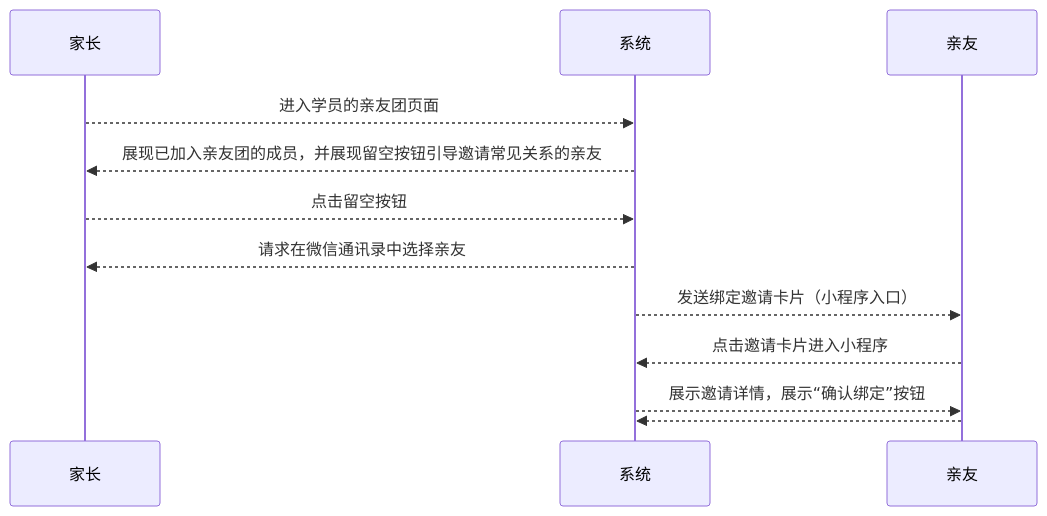
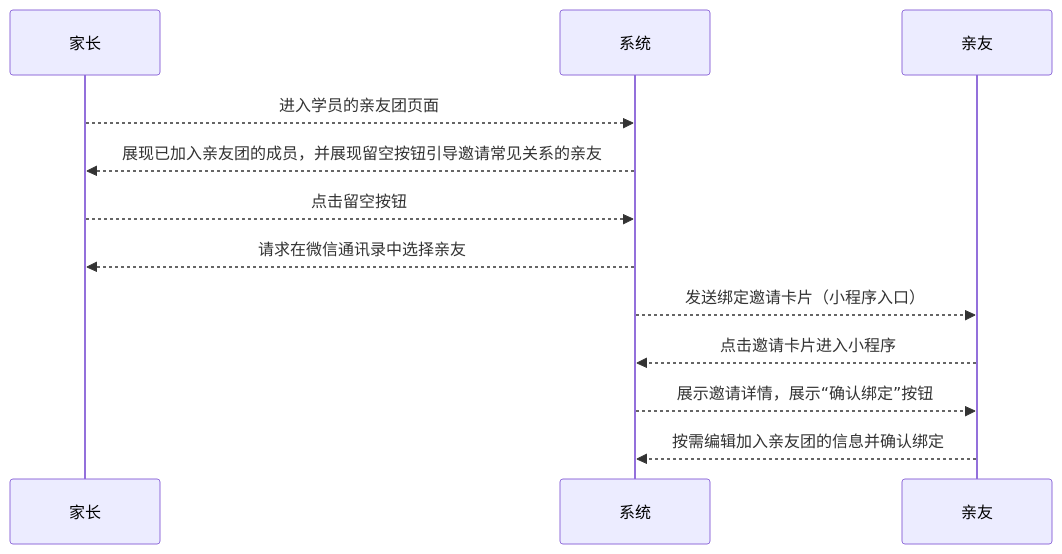
The first of 2 diagrams in 用例/家长-学员关系绑定.md (world-wide-web/sign), drawn with Mermaid before and after one commit. The commit also changed other lines of this file, not shown here.

````diff
--- a/用例/家长-学员关系绑定.md
+++ b/用例/家长-学员关系绑定.md
@@ -10,20 +10,20 @@
 ```mermaid
 sequenceDiagram
 
 家长-->>系统: 进入学员的亲友团页面
 
 系统-->>家长: 展现已加入亲友团的成员，并展现留空按钮引导邀请常见关系的亲友
 
 家长-->>系统: 点击留空按钮
 
 系统-->>家长: 请求在微信通讯录中选择亲友
 
 系统-->>亲友: 发送绑定邀请卡片（小程序入口）
 
 亲友-->>系统: 点击邀请卡片进入小程序
 
 系统-->>亲友: 展示邀请详情，展示“确认绑定”按钮
 
-亲友-->>系统: 
+亲友-->>系统: 按需编辑加入亲友团的信息并确认绑定
 
 ```
````
